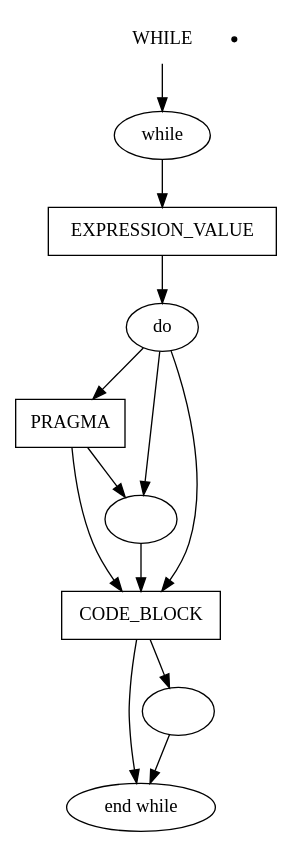
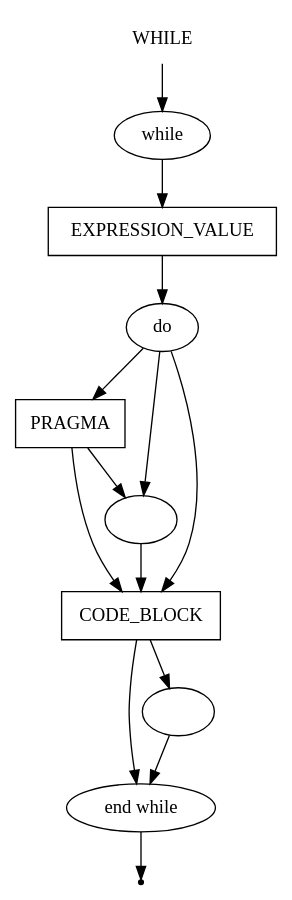
Before and after one commit to ayu-f/DSL_Pseudocode: the diagram in pseudocode/while.gv, drawn with Graphviz. The commit also changed 1 other file, not shown here.

```diff
--- a/pseudocode/while.gv
+++ b/pseudocode/while.gv
@@ -1,25 +1,26 @@
 digraph WHILE {
     start [label=WHILE shape=plaintext]
     key_while [label="while" shape=oval]
     key_do [label="do" shape=oval]
     key_end [label="end while" shape=oval]
     expression_value [label=EXPRESSION_VALUE shape=box]
     pragma [label=PRAGMA shape=box]
     code_block [label=CODE_BLOCK shape=box]
     nl_1 [label="\n" shape=oval]
     nl_2 [label="\n" shape=oval]
     end [label="" shape=point]
 
     start -> key_while
     key_while -> expression_value
     expression_value -> key_do
     key_do -> pragma
     key_do -> nl_1
     key_do -> code_block
     pragma -> nl_1
     pragma -> code_block
     nl_1 -> code_block
     code_block -> nl_2
     code_block -> key_end
     nl_2 -> key_end
+    key_end -> end
 }
```
